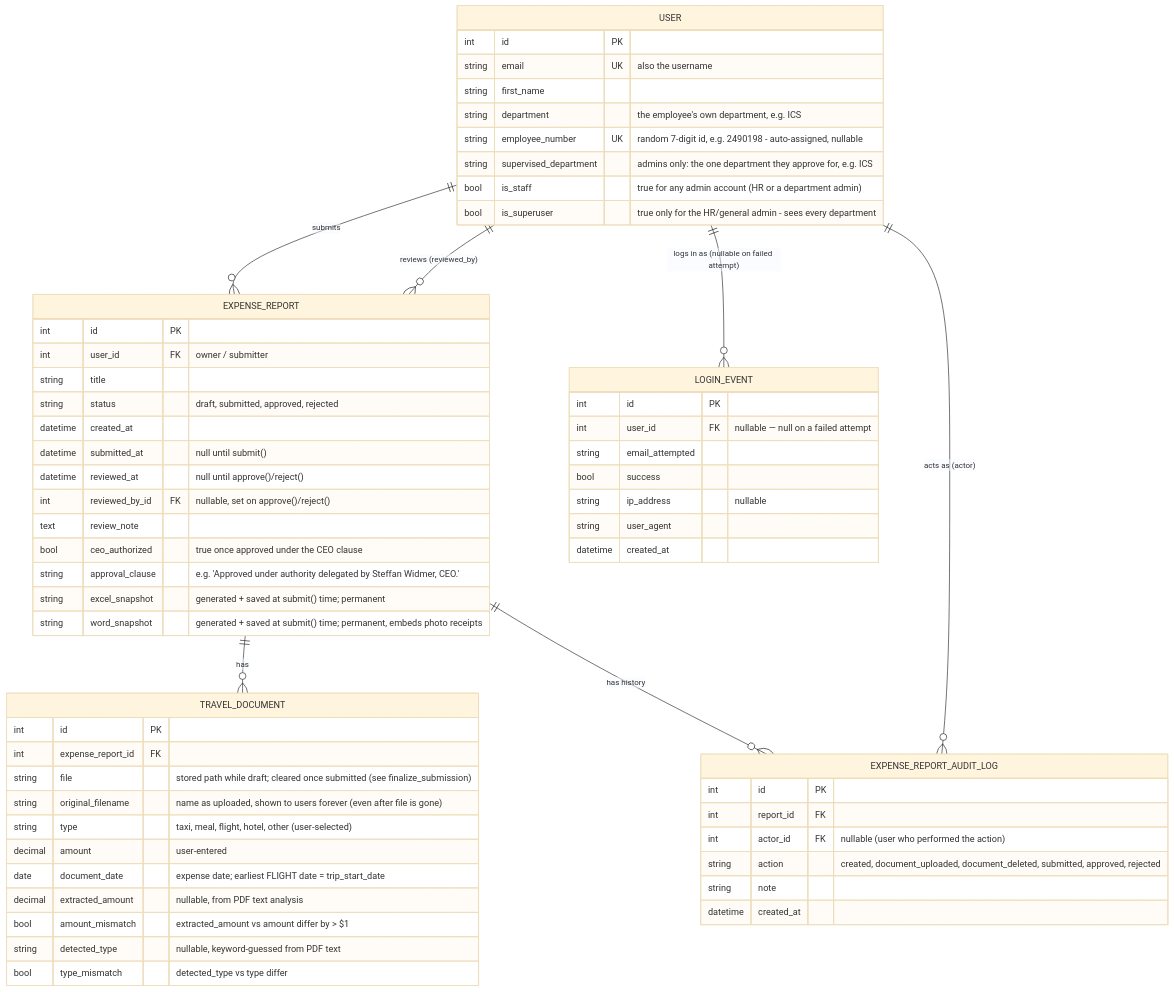
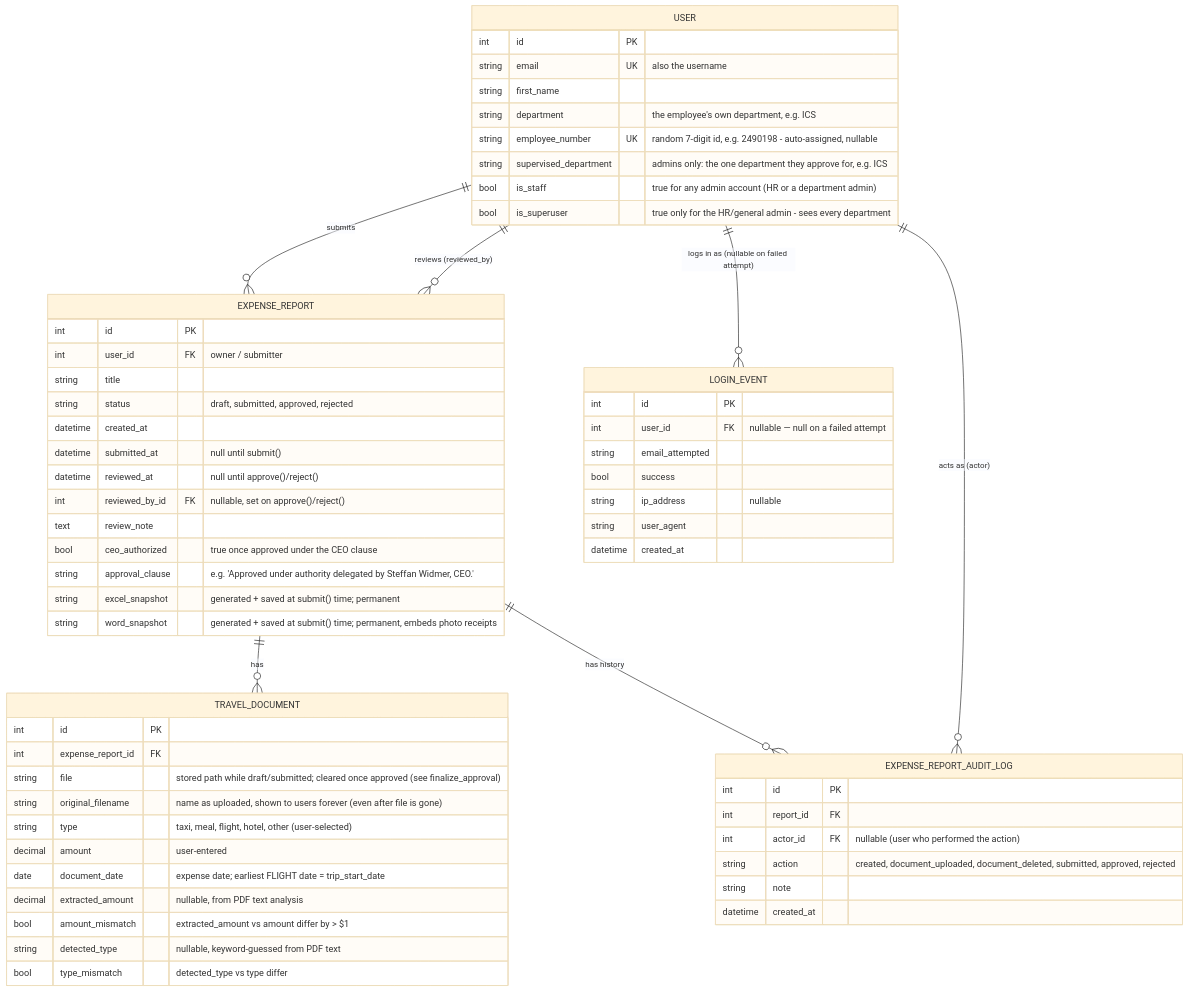
The diagram in lab2/docs/DATA_MODEL.md (axelvalenzuela/Claude-Dev), drawn with Mermaid (base theme) before and after one commit. The commit also changed other lines of this file and 17 other files, not shown here.

````diff
--- a/lab2/docs/DATA_MODEL.md
+++ b/lab2/docs/DATA_MODEL.md
@@ -9,69 +9,69 @@
 ```mermaid
 erDiagram
     USER ||--o{ EXPENSE_REPORT : "submits"
     USER ||--o{ EXPENSE_REPORT : "reviews (reviewed_by)"
     USER ||--o{ LOGIN_EVENT : "logs in as (nullable on failed attempt)"
     USER ||--o{ EXPENSE_REPORT_AUDIT_LOG : "acts as (actor)"
     EXPENSE_REPORT ||--o{ TRAVEL_DOCUMENT : "has"
     EXPENSE_REPORT ||--o{ EXPENSE_REPORT_AUDIT_LOG : "has history"
 
     USER {
         int id PK
         string email UK "also the username"
         string first_name
         string department "the employee's own department, e.g. ICS"
         string employee_number UK "random 7-digit id, e.g. 2490198 - auto-assigned, nullable"
         string supervised_department "admins only: the one department they approve for, e.g. ICS"
         bool is_staff "true for any admin account (HR or a department admin)"
         bool is_superuser "true only for the HR/general admin - sees every department"
     }
 
     EXPENSE_REPORT {
         int id PK
         int user_id FK "owner / submitter"
         string title
         string status "draft, submitted, approved, rejected"
         datetime created_at
         datetime submitted_at "null until submit()"
         datetime reviewed_at "null until approve()/reject()"
         int reviewed_by_id FK "nullable, set on approve()/reject()"
         text review_note
         bool ceo_authorized "true once approved under the CEO clause"
         string approval_clause "e.g. 'Approved under authority delegated by Steffan Widmer, CEO.'"
         string excel_snapshot "generated + saved at submit() time; permanent"
         string word_snapshot "generated + saved at submit() time; permanent, embeds photo receipts"
     }
 
     TRAVEL_DOCUMENT {
         int id PK
         int expense_report_id FK
-        string file "stored path while draft; cleared once submitted (see finalize_submission)"
+        string file "stored path while draft/submitted; cleared once approved (see finalize_approval)"
         string original_filename "name as uploaded, shown to users forever (even after file is gone)"
         string type "taxi, meal, flight, hotel, other (user-selected)"
         decimal amount "user-entered"
         date document_date "expense date; earliest FLIGHT date = trip_start_date"
         decimal extracted_amount "nullable, from PDF text analysis"
         bool amount_mismatch "extracted_amount vs amount differ by > $1"
         string detected_type "nullable, keyword-guessed from PDF text"
         bool type_mismatch "detected_type vs type differ"
     }
 
     EXPENSE_REPORT_AUDIT_LOG {
         int id PK
         int report_id FK
         int actor_id FK "nullable (user who performed the action)"
         string action "created, document_uploaded, document_deleted, submitted, approved, rejected"
         string note
         datetime created_at
     }
 
     LOGIN_EVENT {
         int id PK
         int user_id FK "nullable — null on a failed attempt"
         string email_attempted
         bool success
         string ip_address "nullable"
         string user_agent
         datetime created_at
     }
 ```
````
